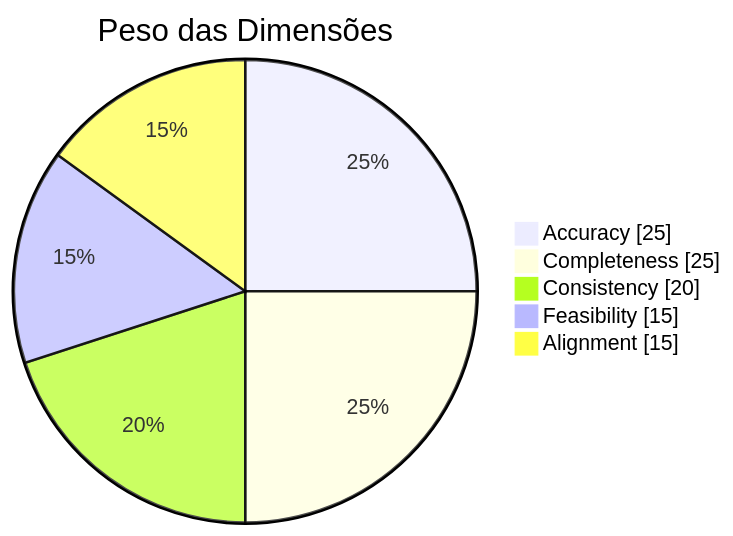
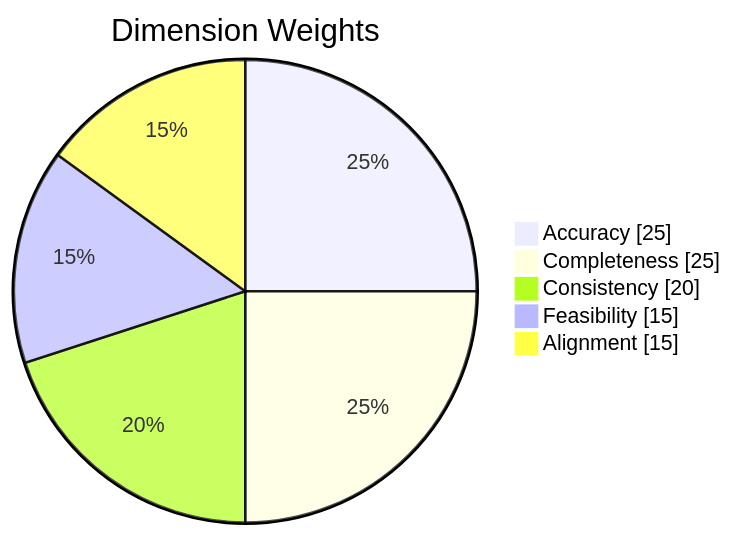
Before and after one commit to CyryxLabs/AEXOS: the eighth of 17 diagrams in docs/aexos-workflows/spec-pipeline-workflow.md, drawn with Mermaid. The commit also changed other lines of this file and 528 other files, not shown here.

````diff
--- a/docs/aexos-workflows/spec-pipeline-workflow.md
+++ b/docs/aexos-workflows/spec-pipeline-workflow.md
@@ -549,9 +549,9 @@
 ```mermaid
 pie showData
-    title Peso das Dimensões
+    title Dimension Weights
     "Accuracy" : 25
     "Completeness" : 25
     "Consistency" : 20
     "Feasibility" : 15
     "Alignment" : 15
 ```
````
